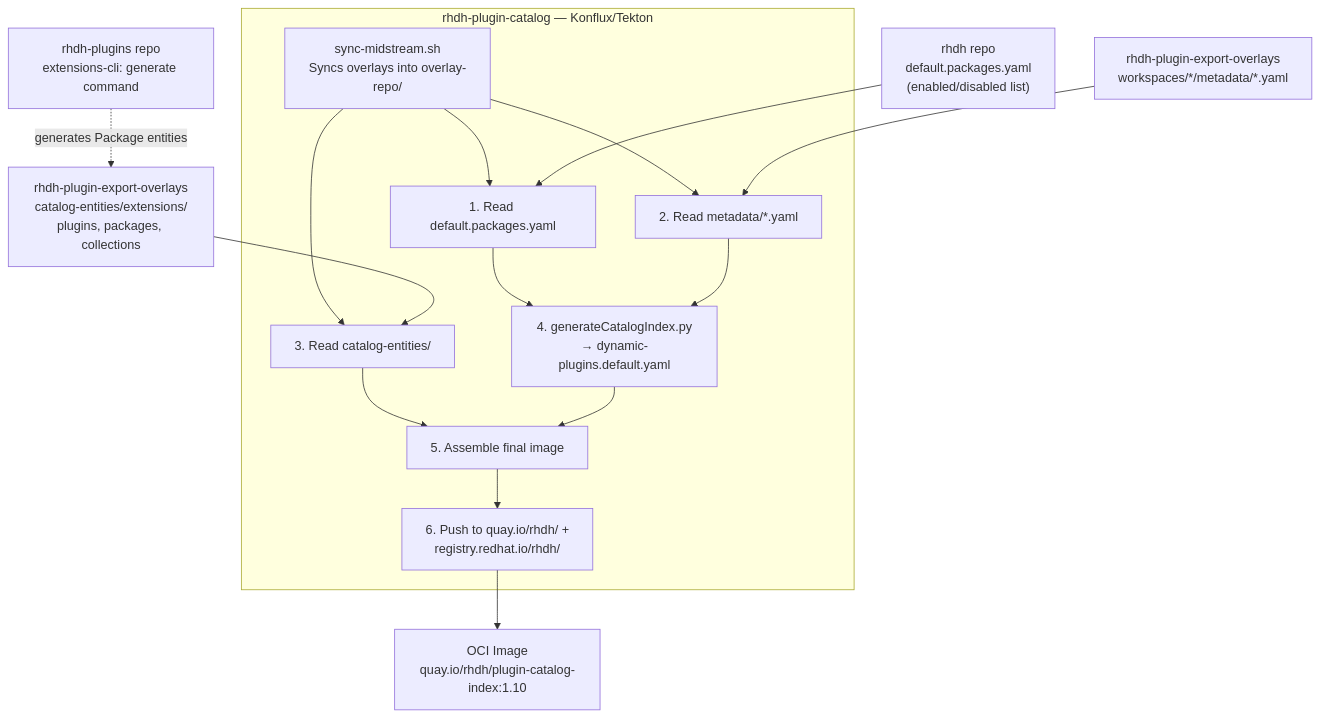
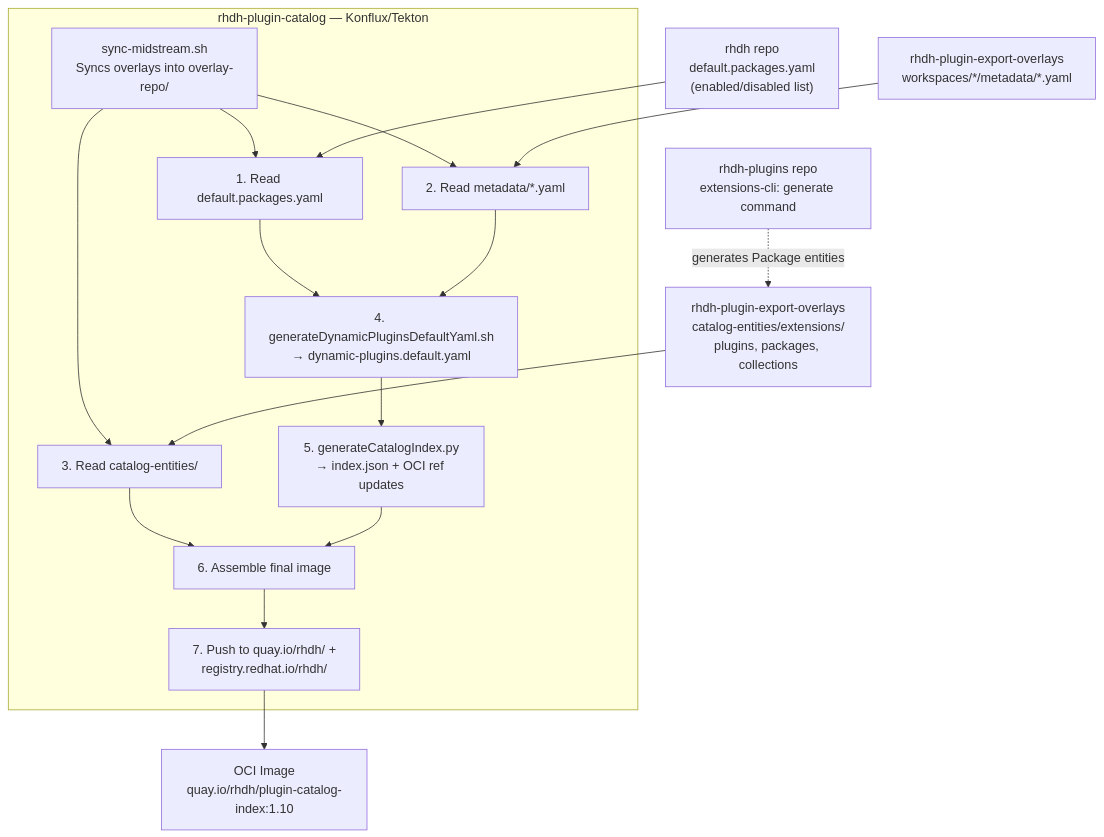
Before and after one commit to redhat-developer/rhdh: the first of 5 diagrams in docs/architecture/catalog-index-build.md, drawn with Mermaid. The commit also changed other lines of this file and 1 other file, not shown here.

````diff
--- a/docs/architecture/catalog-index-build.md
+++ b/docs/architecture/catalog-index-build.md
@@ -43,32 +43,34 @@
 ```mermaid
 flowchart TB
     rhdh["rhdh repo<br>default.packages.yaml<br>(enabled/disabled list)"]
     overlays_meta["rhdh-plugin-export-overlays<br>workspaces/*/metadata/*.yaml"]
     overlays_cat["rhdh-plugin-export-overlays<br>catalog-entities/extensions/<br>plugins, packages, collections"]
     extcli["rhdh-plugins repo<br>extensions-cli: generate command"]
 
     subgraph ci["rhdh-plugin-catalog — Konflux/Tekton"]
         sync["sync-midstream.sh<br>Syncs overlays into overlay-repo/"]
         s1["1. Read default.packages.yaml"]
         s2["2. Read metadata/*.yaml"]
         s3["3. Read catalog-entities/"]
-        s4["4. generateCatalogIndex.py<br>→ dynamic-plugins.default.yaml"]
-        s5["5. Assemble final image"]
-        s6["6. Push to quay.io/rhdh/ +<br>registry.redhat.io/rhdh/"]
+        s4["4. generateDynamicPluginsDefaultYaml.sh<br>→ dynamic-plugins.default.yaml"]
+        s4b["5. generateCatalogIndex.py<br>→ index.json + OCI ref updates"]
+        s5["6. Assemble final image"]
+        s6["7. Push to quay.io/rhdh/ +<br>registry.redhat.io/rhdh/"]
         sync --> s1
         sync --> s2
         sync --> s3
         s1 --> s4
         s2 --> s4
+        s4 --> s4b
         s3 --> s5
-        s4 --> s5 --> s6
+        s4b --> s5 --> s6
     end
 
     output["OCI Image<br>quay.io/rhdh/plugin-catalog-index:1.10"]
 
     rhdh --> s1
     overlays_meta --> s2
     overlays_cat --> s3
     extcli -.->|generates Package entities| overlays_cat
     s6 --> output
 ```
````
